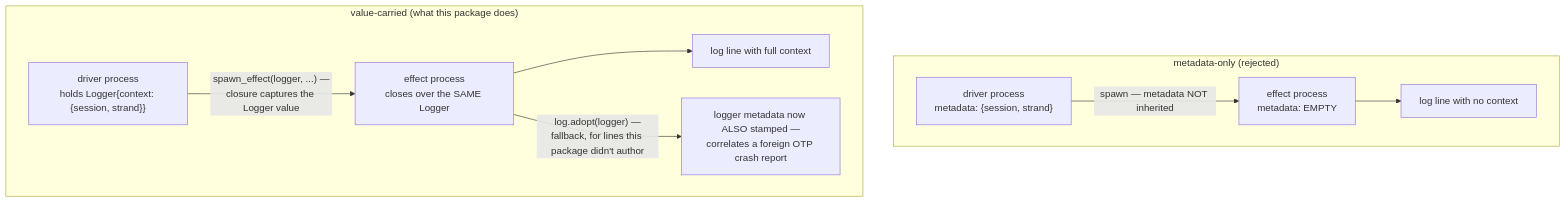
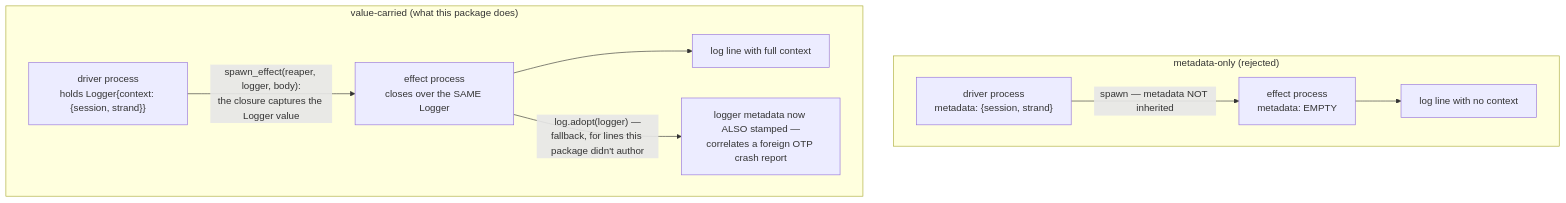
The second of 4 diagrams in packages/telemetry/README.md (Roasbeef/loom), drawn with Mermaid before and after one commit. The commit also changed other lines of this file, not shown here.

First line of the commit message:
telemetry: correct the spawn and redaction claims

````diff
--- a/packages/telemetry/README.md
+++ b/packages/telemetry/README.md
@@ -32,12 +45,12 @@
 ```mermaid
 flowchart TD
     subgraph Wrong["metadata-only (rejected)"]
         D1["driver process<br/>metadata: {session, strand}"] -->|spawn — metadata NOT inherited| E1["effect process<br/>metadata: EMPTY"]
         E1 --> L1["log line with no context"]
     end
     subgraph Right["value-carried (what this package does)"]
-        D2["driver process<br/>holds Logger{context: {session, strand}}"] -->|"spawn_effect(logger, ...) —<br/>closure captures the Logger value"| E2["effect process<br/>closes over the SAME Logger"]
+        D2["driver process<br/>holds Logger{context: {session, strand}}"] -->|"spawn_effect(reaper, logger, body):<br/>the closure captures the Logger value"| E2["effect process<br/>closes over the SAME Logger"]
         E2 --> L2["log line with full context"]
         E2 -->|"log.adopt(logger) —<br/>fallback, for lines this package didn't author"| M2["logger metadata now ALSO stamped —<br/>correlates a foreign OTP crash report"]
     end
 ```
````
